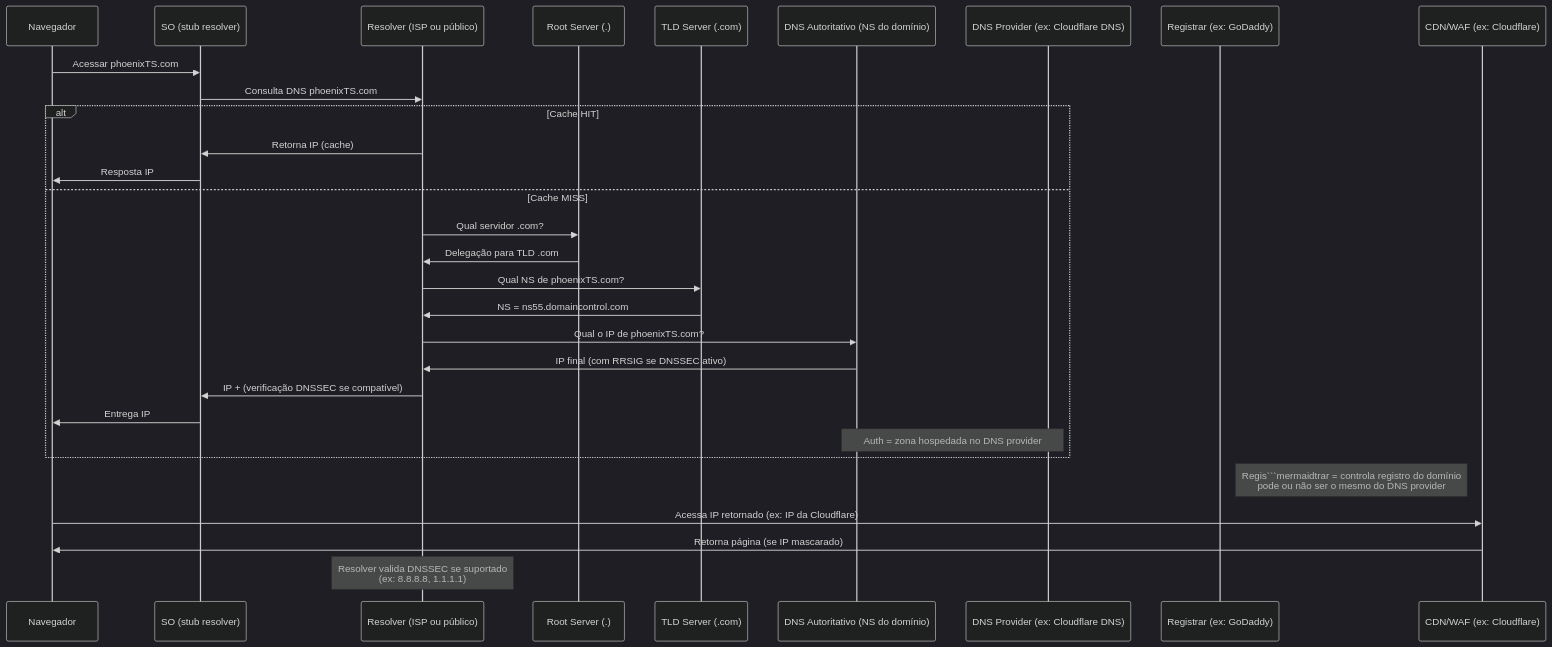
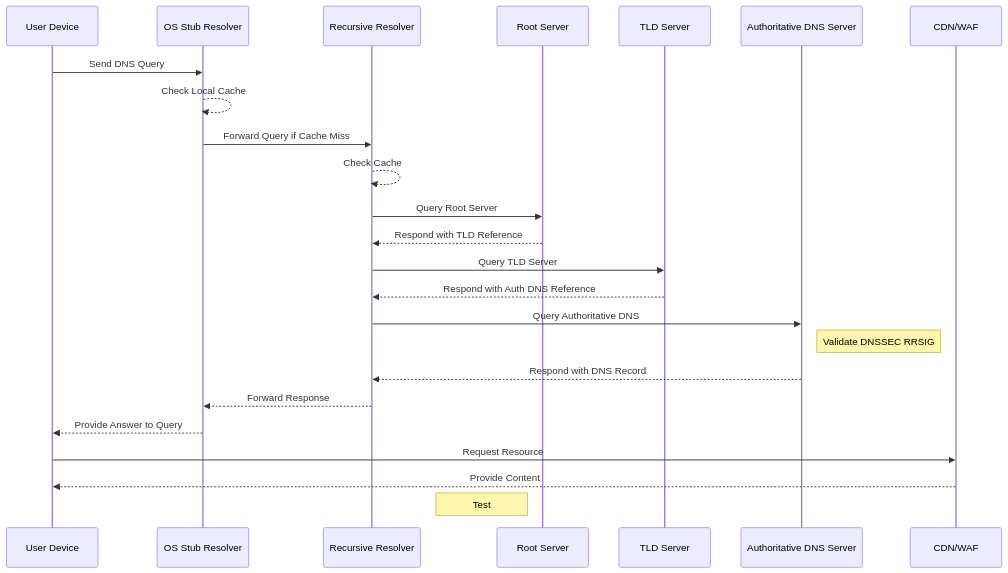
The diagram in technical_version.mmd (lucianosarno/cybersec-dnssec), drawn with Mermaid before and after one commit.

Commit message:
Ongoing enhancements in technical version

````diff
--- a/technical_version.mmd
+++ b/technical_version.mmd
@@ -1,35 +1,26 @@
----
-config:
-  theme: dark
----
+sequenceDiagram
+  participant User as User Device
+  participant Stub as OS Stub Resolver
+  participant Rec as Recursive Resolver
+  participant Root as Root Server
+  participant TLD as TLD Server
+  participant Auth as Authoritative DNS Server
+  participant CDN as CDN/WAF
 
-sequenceDiagram
-participant User as Navegador
-participant OS as SO (stub resolver)
-participant Resolver as Resolver (ISP ou público)
-participant Root as Root Server (.)
-participant TLD as TLD Server (.com)
-participant Auth as DNS Autoritativo (NS do domínio)
-participant DNSP as DNS Provider (ex: Cloudflare DNS)
-participant Reg as Registrar (ex: GoDaddy)
-participant WAF as CDN/WAF (ex: Cloudflare)
-User ->> OS: Acessar phoenixTS.com
-OS ->> Resolver: Consulta DNS phoenixTS.com
-alt Cache HIT
-Resolver ->> OS: Retorna IP (cache)
-OS ->> User: Resposta IP
-else Cache MISS
-Resolver ->> Root: Qual servidor .com?
-Root ->> Resolver: Delegação para TLD .com
-Resolver ->> TLD: Qual NS de phoenixTS.com?
-TLD ->> Resolver: NS = ns55.domaincontrol.com
-Resolver ->> Auth: Qual o IP de phoenixTS.com?
-Auth ->> Resolver: IP final (com RRSIG se DNSSEC ativo)
-Resolver ->> OS: IP + (verificação DNSSEC se compatível)
-OS ->> User: Entrega IP
-Note over Auth, DNSP: Auth = zona hospedada no DNS provider
-end
-Note right of Reg: Regis```mermaidtrar = controla registro do domínio<br>pode ou não ser o mesmo do DNS provider
-User ->> WAF: Acessa IP retornado (ex: IP da Cloudflare)
-WAF ->> User: Retorna página (se IP mascarado)
-Note over Resolver: Resolver valida DNSSEC se suportado<br>(ex: 8.8.8.8, 1.1.1.1)
+  User->>Stub: Send DNS Query
+  Stub-->>Stub: Check Local Cache
+  Stub->>Rec: Forward Query if Cache Miss
+  Rec-->>Rec: Check Cache
+  Rec->>Root: Query Root Server
+  Root-->>Rec: Respond with TLD Reference
+  Rec->>TLD: Query TLD Server
+  TLD-->>Rec: Respond with Auth DNS Reference
+  Rec->>Auth: Query Authoritative DNS
+  Note right of Auth: Validate DNSSEC RRSIG
+  Auth-->>Rec: Respond with DNS Record
+  Rec-->>Stub: Forward Response
+  Stub-->>User: Provide Answer to Query
+  User->>CDN: Request Resource
+  CDN-->>User: Provide Content
+
+  Note left of Root: Test
````
